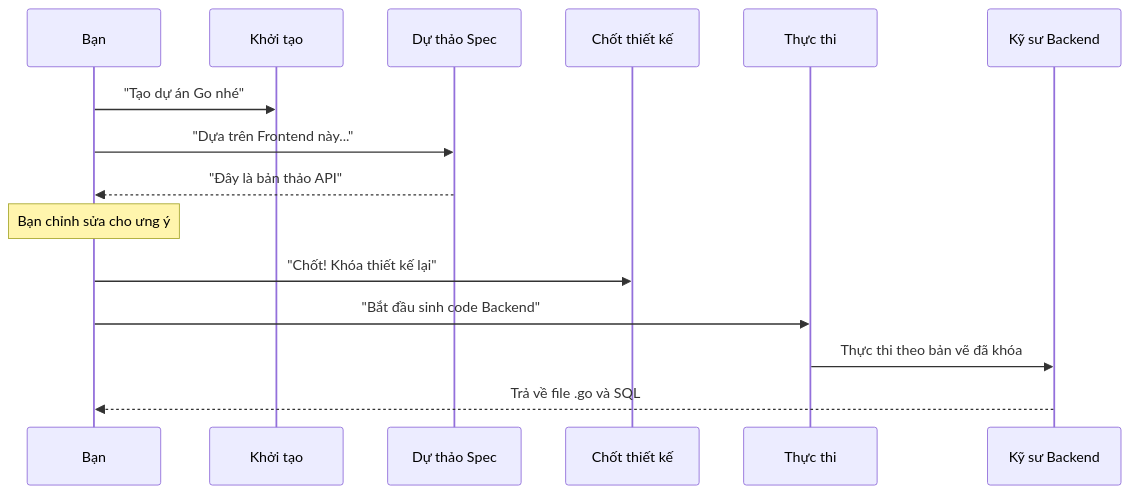
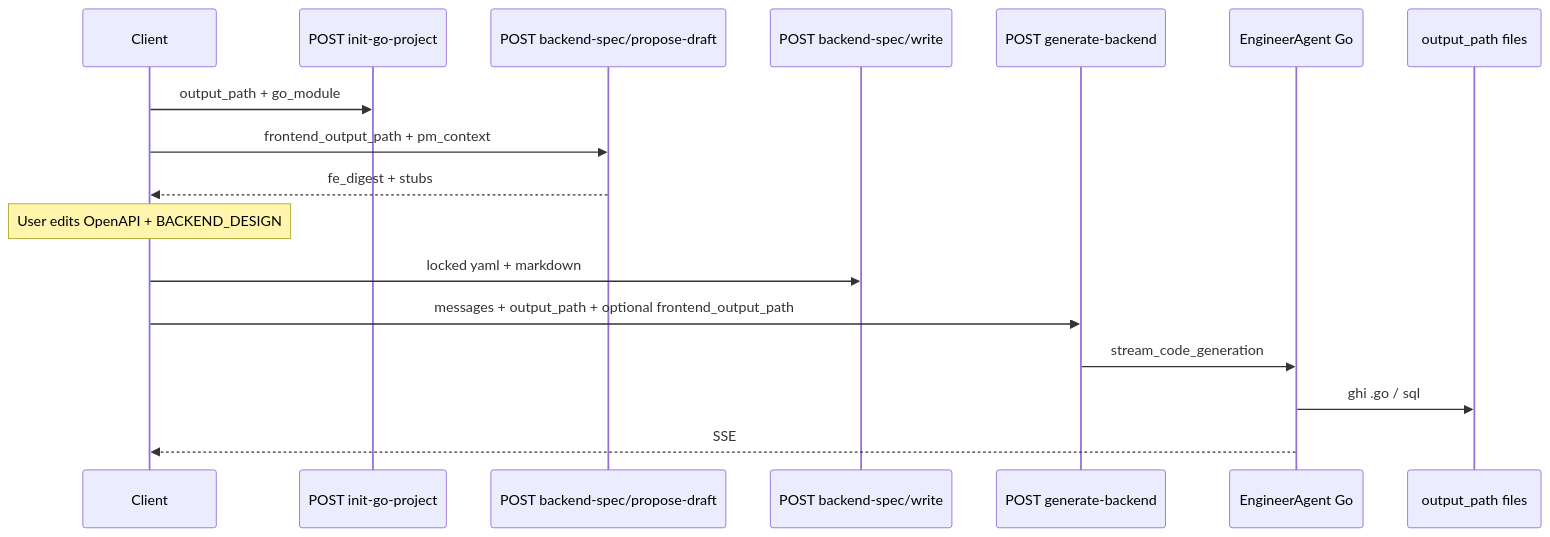
Before and after one commit to charlieviettq/charlieviettq.github.io: the third of 3 diagrams in content/posts/beguru-ai-case-study-runtime-fastapi-agentos.md, drawn with Mermaid. The commit also changed other lines of this file and 5 other files, not shown here.

First line of the commit message:
docs(blog): BeGuru series as Technical Docs with architecture overview

````diff
--- a/content/posts/beguru-ai-case-study-runtime-fastapi-agentos.md
+++ b/content/posts/beguru-ai-case-study-runtime-fastapi-agentos.md
@@ -103,18 +98,20 @@
 ```mermaid
 sequenceDiagram
-  participant Bạn
-  participant I as Khởi tạo
-  participant P as Dự thảo Spec
-  participant W as Chốt thiết kế
-  participant G as Thực thi
-  participant EN as Kỹ sư Backend
+  participant C as Client
+  participant I as POST init-go-project
+  participant P as POST backend-spec/propose-draft
+  participant W as POST backend-spec/write
+  participant G as POST generate-backend
+  participant EN as EngineerAgent Go
+  participant FS as output_path files
 
-  Bạn->>I: "Tạo dự án Go nhé"
-  Bạn->>P: "Dựa trên Frontend này..."
-  P-->>Bạn: "Đây là bản thảo API"
-  Note over Bạn: Bạn chỉnh sửa cho ưng ý
-  Bạn->>W: "Chốt! Khóa thiết kế lại"
-  Bạn->>G: "Bắt đầu sinh code Backend"
-  G->>EN: Thực thi theo bản vẽ đã khóa
-  EN-->>Bạn: Trả về file .go và SQL
+  C->>I: output_path + go_module
+  C->>P: frontend_output_path + pm_context
+  P-->>C: fe_digest + stubs
+  Note over C: User edits OpenAPI + BACKEND_DESIGN
+  C->>W: locked yaml + markdown
+  C->>G: messages + output_path + optional frontend_output_path
+  G->>EN: stream_code_generation
+  EN->>FS: ghi .go / sql
+  EN-->>C: SSE
 ```
````
